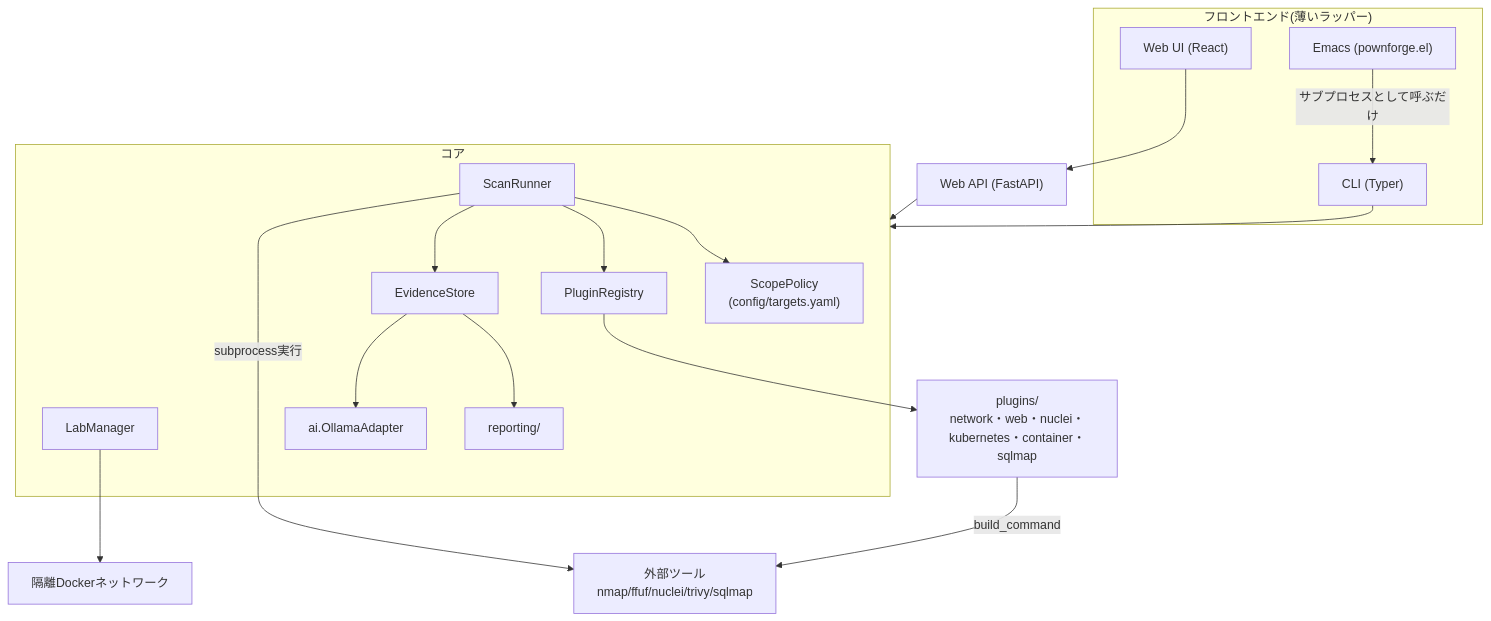
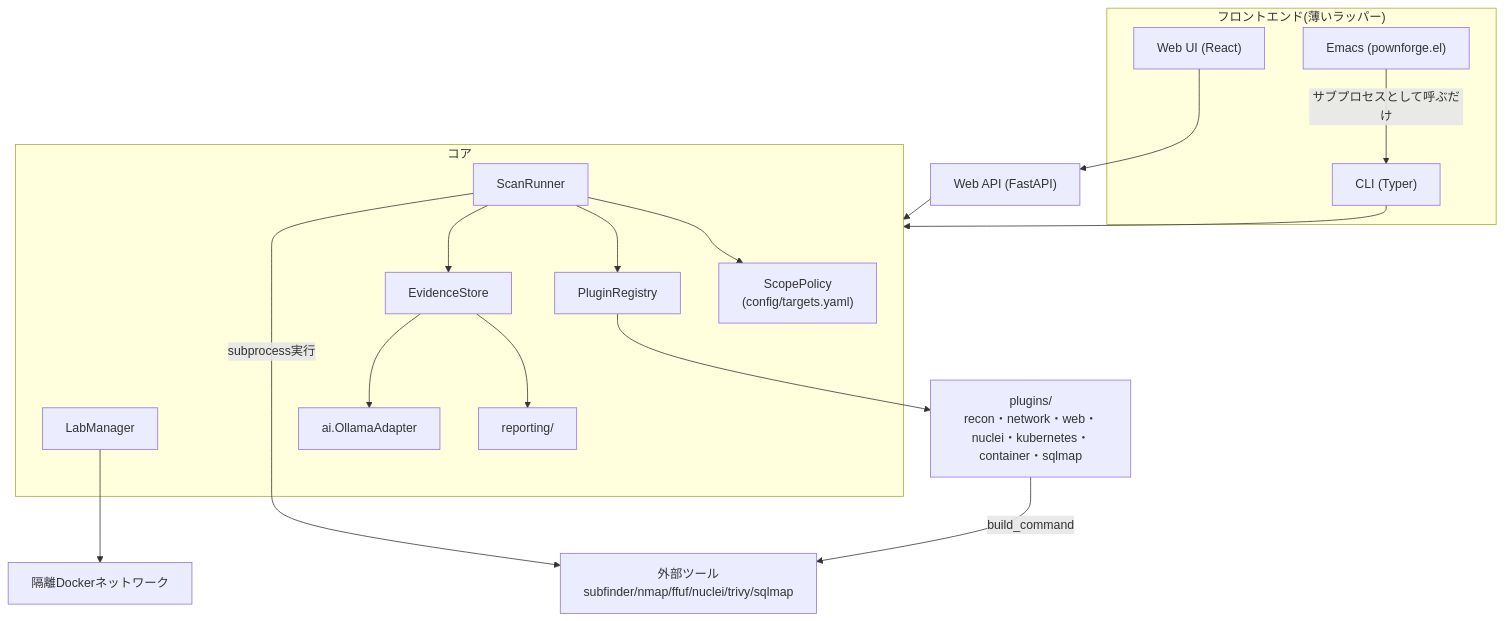
The first of 6 diagrams in docs/handbook.md (ac1965/PownForge), drawn with Mermaid before and after one commit. The commit also changed other lines of this file and 6 other files, not shown here.

First line of the commit message:
feat(plugins): subfinderによる受動的偵察プラグイン(recon)を追加

````diff
--- a/docs/handbook.md
+++ b/docs/handbook.md
@@ -54,34 +54,34 @@
 ```mermaid
 graph TD
     subgraph FrontEnds["フロントエンド(薄いラッパー)"]
         CLI["CLI (Typer)"]
         WebUI["Web UI (React)"]
         Emacs["Emacs (pownforge.el)"]
     end
     WebAPI["Web API (FastAPI)"]
 
     CLI --> Core
     WebUI --> WebAPI
     WebAPI --> Core
     Emacs -- "サブプロセスとして呼ぶだけ" --> CLI
 
     subgraph Core["コア"]
         ScopePolicy["ScopePolicy<br/>(config/targets.yaml)"]
         Registry["PluginRegistry"]
         Runner["ScanRunner"]
         Lab["LabManager"]
         Evidence["EvidenceStore"]
         Reporting["reporting/"]
         AI["ai.OllamaAdapter"]
     end
 
     Runner --> ScopePolicy
     Runner --> Registry
     Runner --> Evidence
-    Registry --> Plugins["plugins/<br/>network・web・nuclei・kubernetes・container・sqlmap"]
-    Plugins -- "build_command" --> ExtTools["外部ツール<br/>nmap/ffuf/nuclei/trivy/sqlmap"]
+    Registry --> Plugins["plugins/<br/>recon・network・web・nuclei・kubernetes・container・sqlmap"]
+    Plugins -- "build_command" --> ExtTools["外部ツール<br/>subfinder/nmap/ffuf/nuclei/trivy/sqlmap"]
     Runner -- "subprocess実行" --> ExtTools
     Evidence --> Reporting
     Evidence --> AI
     Lab --> Docker["隔離Dockerネットワーク"]
 ```
````
